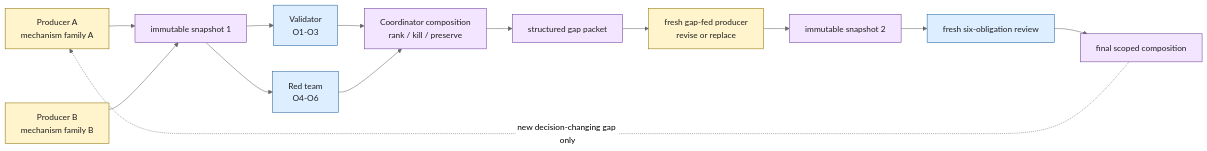
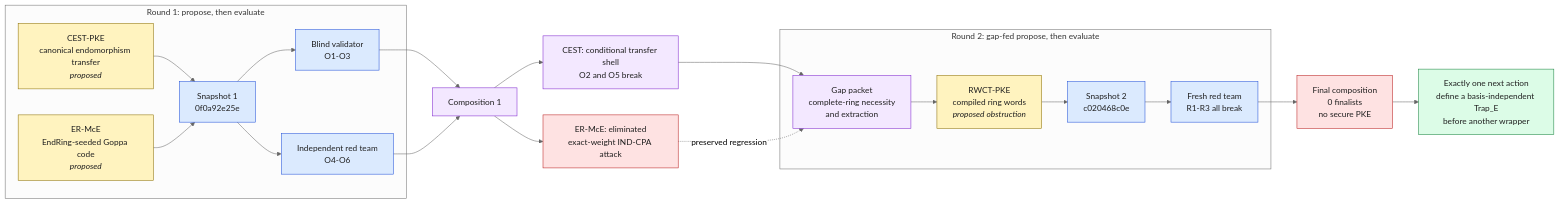
Before and after one commit to aburan28/crypto-autoresearcher: the diagram in research/ssi-endring-pke/2026-10-07-candidate-funnel/funnel-flow.mmd, drawn with Mermaid (neutral theme). The commit also changed 6 other files, not shown here.

Commit message:
docs: report EndRing propose-evaluate candidate funnel

```diff
--- a/research/ssi-endring-pke/2026-10-07-candidate-funnel/funnel-flow.mmd
+++ b/research/ssi-endring-pke/2026-10-07-candidate-funnel/funnel-flow.mmd
@@ -1,20 +1,39 @@
 flowchart LR
-  P1["Producer A\nmechanism family A"] --> S1["immutable snapshot 1"]
-  P2["Producer B\nmechanism family B"] --> S1
-  S1 --> V["Validator\nO1-O3"]
-  S1 --> R["Red team\nO4-O6"]
-  V --> C1["Coordinator composition\nrank / kill / preserve"]
+  subgraph R1["Round 1: propose, then evaluate"]
+    A["CEST-PKE<br/>canonical endomorphism transfer<br/><i>proposed</i>"]
+    B["ER-McE<br/>EndRing-seeded Goppa code<br/><i>proposed</i>"]
+    S1["Snapshot 1<br/>0f0a92e25e"]
+    V["Blind validator<br/>O1-O3"]
+    R["Independent red team<br/>O4-O6"]
+    A --> S1
+    B --> S1
+    S1 --> V
+    S1 --> R
+  end
+
+  V --> C1["Composition 1"]
   R --> C1
-  C1 --> G["structured gap packet"]
-  G --> P3["fresh gap-fed producer\nrevise or replace"]
-  P3 --> S2["immutable snapshot 2"]
-  S2 --> R2["fresh six-obligation review"]
-  R2 --> C2["final scoped composition"]
-  C2 -. "new decision-changing gap only" .-> P1
+  C1 --> CA["CEST: conditional transfer shell<br/>O2 and O5 break"]
+  C1 --> CB["ER-McE: eliminated<br/>exact-weight IND-CPA attack"]
+  CA --> G["Gap packet<br/>complete-ring necessity<br/>and extraction"]
+  CB -. "preserved regression" .-> G
 
-  classDef proposed fill:#fff4cc,stroke:#8a6d00,color:#1f1f1f;
-  classDef reviewed fill:#dceeff,stroke:#1f5f99,color:#1f1f1f;
-  classDef control fill:#f3e5ff,stroke:#6a3d9a,color:#1f1f1f;
-  class P1,P2,P3 proposed;
-  class V,R,R2 reviewed;
-  class S1,S2,C1,C2,G control;
+  subgraph R2["Round 2: gap-fed propose, then evaluate"]
+    G --> W["RWCT-PKE<br/>compiled ring words<br/><i>proposed obstruction</i>"]
+    W --> S2["Snapshot 2<br/>c020468c0e"]
+    S2 --> RR["Fresh red team<br/>R1-R3 all break"]
+  end
+
+  RR --> F["Final composition<br/>0 finalists<br/>no secure PKE"]
+  F --> N["Exactly one next action<br/>define a basis-independent Trap_E<br/>before another wrapper"]
+
+  classDef proposed fill:#fff3bf,stroke:#8a6d00,color:#1f1f1f;
+  classDef reviewed fill:#dbeafe,stroke:#1d4ed8,color:#1f1f1f;
+  classDef broken fill:#fee2e2,stroke:#b91c1c,color:#1f1f1f;
+  classDef control fill:#f3e8ff,stroke:#7e22ce,color:#1f1f1f;
+  classDef next fill:#dcfce7,stroke:#15803d,color:#1f1f1f;
+  class A,B,W proposed;
+  class V,R,RR,S1,S2 reviewed;
+  class CB,F broken;
+  class C1,CA,G control;
+  class N next;
```
